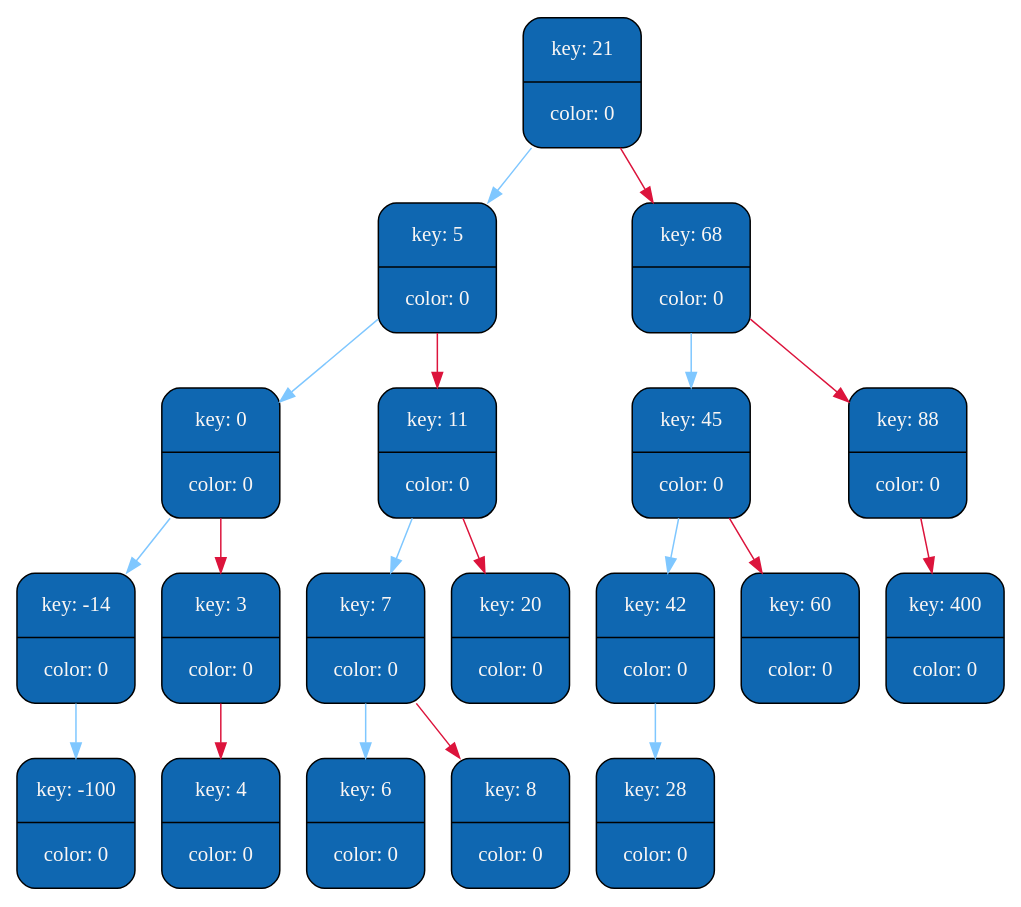
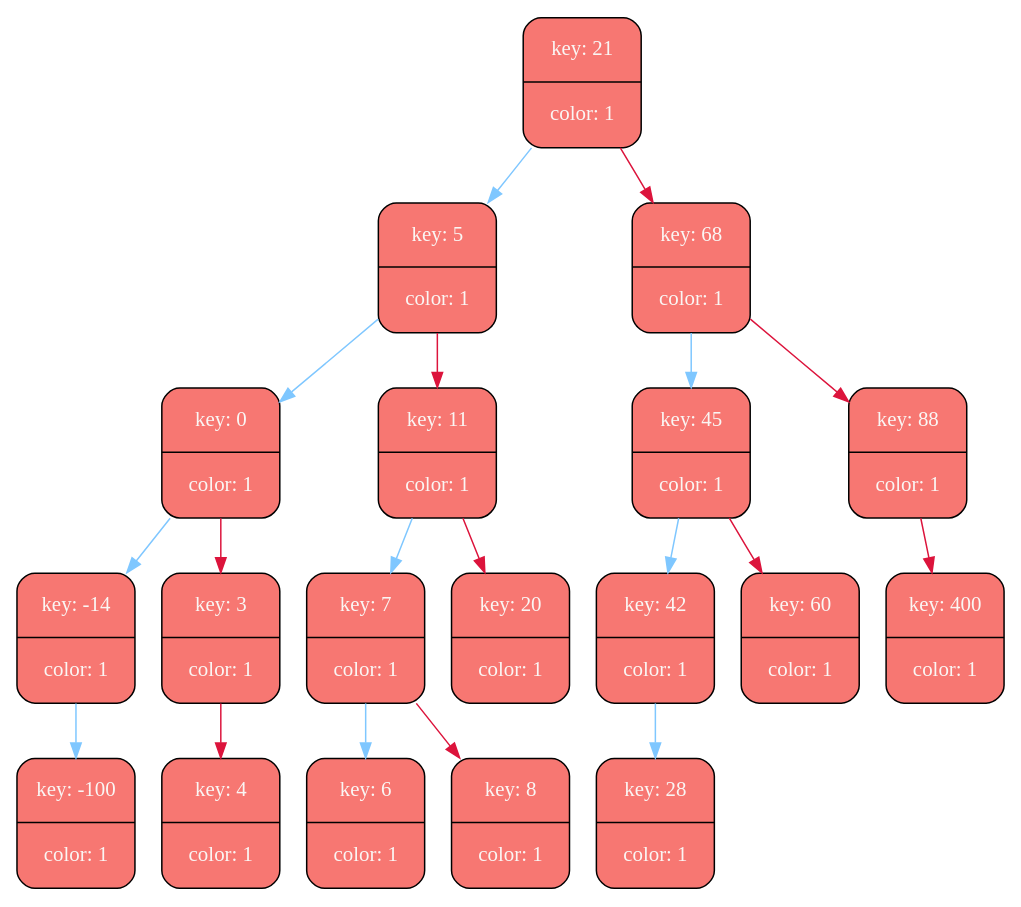
One commit to MaxGroshev/graph_algorithm changed the diagram in rb_tree/graph_lib/tree_dump.dot. Above: the diagram before and after it, drawn with Graphviz. The commit also changed 4 other files, not shown here.

```diff
--- a/rb_tree/graph_lib/tree_dump.dot
+++ b/rb_tree/graph_lib/tree_dump.dot
@@ -1,43 +1,43 @@
 digraph   
 {
 rankdir = ""
 splines = "true"
 
-node0x136605be0 [shape      = "Mrecord", width = 1.1, height = 1.21,  fillcolor   = "#0F67B1", style = "filled", fontcolor= " #FAF6F4", fontname = "Calibri", color = "0", label = "{key: 21| color: 0}"]
-node0x136605be0 -> node0x136605f00 [color = "#7FC7FF", style = "", constraint = true, fillcolor = "#7FC7FF",   fontcolor = "", fontname = "Calibri", label = ""];
-node0x136605f00 [shape      = "Mrecord", width = 1.1, height = 1.21,  fillcolor   = "#0F67B1", style = "filled", fontcolor= " #FAF6F4", fontname = "Calibri", color = "0", label = "{key: 5| color: 0}"]
-node0x136605f00 -> node0x136605c40 [color = "#7FC7FF", style = "", constraint = true, fillcolor = "#7FC7FF",   fontcolor = "", fontname = "Calibri", label = ""];
-node0x136605c40 [shape      = "Mrecord", width = 1.1, height = 1.21,  fillcolor   = "#0F67B1", style = "filled", fontcolor= " #FAF6F4", fontname = "Calibri", color = "0", label = "{key: 0| color: 0}"]
-node0x136605c40 -> node0x136605c10 [color = "#7FC7FF", style = "", constraint = true, fillcolor = "#7FC7FF",   fontcolor = "", fontname = "Calibri", label = ""];
-node0x136605c10 [shape      = "Mrecord", width = 1.1, height = 1.21,  fillcolor   = "#0F67B1", style = "filled", fontcolor= " #FAF6F4", fontname = "Calibri", color = "0", label = "{key: -14| color: 0}"]
-node0x136605c10 -> node0x136605fc0 [color = "#7FC7FF", style = "", constraint = true, fillcolor = "#7FC7FF",   fontcolor = "", fontname = "Calibri", label = ""];
-node0x136605fc0 [shape      = "Mrecord", width = 1.1, height = 1.21,  fillcolor   = "#0F67B1", style = "filled", fontcolor= " #FAF6F4", fontname = "Calibri", color = "0", label = "{key: -100| color: 0}"]
-node0x136605c40 -> node0x136605c70 [color = "#DC143C", style = "", constraint = true, fillcolor = "#DC143C",   fontcolor = "", fontname = "Calibri", label = ""];
-node0x136605c70 [shape      = "Mrecord", width = 1.1, height = 1.21,  fillcolor   = "#0F67B1", style = "filled", fontcolor= " #FAF6F4", fontname = "Calibri", color = "0", label = "{key: 3| color: 0}"]
-node0x136605c70 -> node0x1366060b0 [color = "#DC143C", style = "", constraint = true, fillcolor = "#DC143C",   fontcolor = "", fontname = "Calibri", label = ""];
-node0x1366060b0 [shape      = "Mrecord", width = 1.1, height = 1.21,  fillcolor   = "#0F67B1", style = "filled", fontcolor= " #FAF6F4", fontname = "Calibri", color = "0", label = "{key: 4| color: 0}"]
-node0x136605f00 -> node0x136605cd0 [color = "#DC143C", style = "", constraint = true, fillcolor = "#DC143C",   fontcolor = "", fontname = "Calibri", label = ""];
-node0x136605cd0 [shape      = "Mrecord", width = 1.1, height = 1.21,  fillcolor   = "#0F67B1", style = "filled", fontcolor= " #FAF6F4", fontname = "Calibri", color = "0", label = "{key: 11| color: 0}"]
-node0x136605cd0 -> node0x136606110 [color = "#7FC7FF", style = "", constraint = true, fillcolor = "#7FC7FF",   fontcolor = "", fontname = "Calibri", label = ""];
-node0x136606110 [shape      = "Mrecord", width = 1.1, height = 1.21,  fillcolor   = "#0F67B1", style = "filled", fontcolor= " #FAF6F4", fontname = "Calibri", color = "0", label = "{key: 7| color: 0}"]
-node0x136606110 -> node0x1366060e0 [color = "#7FC7FF", style = "", constraint = true, fillcolor = "#7FC7FF",   fontcolor = "", fontname = "Calibri", label = ""];
-node0x1366060e0 [shape      = "Mrecord", width = 1.1, height = 1.21,  fillcolor   = "#0F67B1", style = "filled", fontcolor= " #FAF6F4", fontname = "Calibri", color = "0", label = "{key: 6| color: 0}"]
-node0x136606110 -> node0x136606140 [color = "#DC143C", style = "", constraint = true, fillcolor = "#DC143C",   fontcolor = "", fontname = "Calibri", label = ""];
-node0x136606140 [shape      = "Mrecord", width = 1.1, height = 1.21,  fillcolor   = "#0F67B1", style = "filled", fontcolor= " #FAF6F4", fontname = "Calibri", color = "0", label = "{key: 8| color: 0}"]
-node0x136605cd0 -> node0x136605e80 [color = "#DC143C", style = "", constraint = true, fillcolor = "#DC143C",   fontcolor = "", fontname = "Calibri", label = ""];
-node0x136605e80 [shape      = "Mrecord", width = 1.1, height = 1.21,  fillcolor   = "#0F67B1", style = "filled", fontcolor= " #FAF6F4", fontname = "Calibri", color = "0", label = "{key: 20| color: 0}"]
-node0x136605be0 -> node0x136606020 [color = "#DC143C", style = "", constraint = true, fillcolor = "#DC143C",   fontcolor = "", fontname = "Calibri", label = ""];
-node0x136606020 [shape      = "Mrecord", width = 1.1, height = 1.21,  fillcolor   = "#0F67B1", style = "filled", fontcolor= " #FAF6F4", fontname = "Calibri", color = "0", label = "{key: 68| color: 0}"]
-node0x136606020 -> node0x136605d00 [color = "#7FC7FF", style = "", constraint = true, fillcolor = "#7FC7FF",   fontcolor = "", fontname = "Calibri", label = ""];
-node0x136605d00 [shape      = "Mrecord", width = 1.1, height = 1.21,  fillcolor   = "#0F67B1", style = "filled", fontcolor= " #FAF6F4", fontname = "Calibri", color = "0", label = "{key: 45| color: 0}"]
-node0x136605d00 -> node0x136605ca0 [color = "#7FC7FF", style = "", constraint = true, fillcolor = "#7FC7FF",   fontcolor = "", fontname = "Calibri", label = ""];
-node0x136605ca0 [shape      = "Mrecord", width = 1.1, height = 1.21,  fillcolor   = "#0F67B1", style = "filled", fontcolor= " #FAF6F4", fontname = "Calibri", color = "0", label = "{key: 42| color: 0}"]
-node0x136605ca0 -> node0x136606170 [color = "#7FC7FF", style = "", constraint = true, fillcolor = "#7FC7FF",   fontcolor = "", fontname = "Calibri", label = ""];
-node0x136606170 [shape      = "Mrecord", width = 1.1, height = 1.21,  fillcolor   = "#0F67B1", style = "filled", fontcolor= " #FAF6F4", fontname = "Calibri", color = "0", label = "{key: 28| color: 0}"]
-node0x136605d00 -> node0x136606080 [color = "#DC143C", style = "", constraint = true, fillcolor = "#DC143C",   fontcolor = "", fontname = "Calibri", label = ""];
-node0x136606080 [shape      = "Mrecord", width = 1.1, height = 1.21,  fillcolor   = "#0F67B1", style = "filled", fontcolor= " #FAF6F4", fontname = "Calibri", color = "0", label = "{key: 60| color: 0}"]
-node0x136606020 -> node0x136606050 [color = "#DC143C", style = "", constraint = true, fillcolor = "#DC143C",   fontcolor = "", fontname = "Calibri", label = ""];
-node0x136606050 [shape      = "Mrecord", width = 1.1, height = 1.21,  fillcolor   = "#0F67B1", style = "filled", fontcolor= " #FAF6F4", fontname = "Calibri", color = "0", label = "{key: 88| color: 0}"]
-node0x136606050 -> node0x136605ff0 [color = "#DC143C", style = "", constraint = true, fillcolor = "#DC143C",   fontcolor = "", fontname = "Calibri", label = ""];
-node0x136605ff0 [shape      = "Mrecord", width = 1.1, height = 1.21,  fillcolor   = "#0F67B1", style = "filled", fontcolor= " #FAF6F4", fontname = "Calibri", color = "0", label = "{key: 400| color: 0}"]
+node0x142705e30 [shape      = "Mrecord", width = 1.1, height = 1.21,  fillcolor   = "#F77772", style = "filled", fontcolor= " #FAF6F4", fontname = "Calibri", color = "1", label = "{key: 21| color: 1}"]
+node0x142705e30 -> node0x142705d00 [color = "#7FC7FF", style = "", constraint = true, fillcolor = "#7FC7FF",   fontcolor = "", fontname = "Calibri", label = ""];
+node0x142705d00 [shape      = "Mrecord", width = 1.1, height = 1.21,  fillcolor   = "#F77772", style = "filled", fontcolor= " #FAF6F4", fontname = "Calibri", color = "1", label = "{key: 5| color: 1}"]
+node0x142705d00 -> node0x142705e90 [color = "#7FC7FF", style = "", constraint = true, fillcolor = "#7FC7FF",   fontcolor = "", fontname = "Calibri", label = ""];
+node0x142705e90 [shape      = "Mrecord", width = 1.1, height = 1.21,  fillcolor   = "#F77772", style = "filled", fontcolor= " #FAF6F4", fontname = "Calibri", color = "1", label = "{key: 0| color: 1}"]
+node0x142705e90 -> node0x142705e60 [color = "#7FC7FF", style = "", constraint = true, fillcolor = "#7FC7FF",   fontcolor = "", fontname = "Calibri", label = ""];
+node0x142705e60 [shape      = "Mrecord", width = 1.1, height = 1.21,  fillcolor   = "#F77772", style = "filled", fontcolor= " #FAF6F4", fontname = "Calibri", color = "1", label = "{key: -14| color: 1}"]
+node0x142705e60 -> node0x142705f80 [color = "#7FC7FF", style = "", constraint = true, fillcolor = "#7FC7FF",   fontcolor = "", fontname = "Calibri", label = ""];
+node0x142705f80 [shape      = "Mrecord", width = 1.1, height = 1.21,  fillcolor   = "#F77772", style = "filled", fontcolor= " #FAF6F4", fontname = "Calibri", color = "1", label = "{key: -100| color: 1}"]
+node0x142705e90 -> node0x142705ec0 [color = "#DC143C", style = "", constraint = true, fillcolor = "#DC143C",   fontcolor = "", fontname = "Calibri", label = ""];
+node0x142705ec0 [shape      = "Mrecord", width = 1.1, height = 1.21,  fillcolor   = "#F77772", style = "filled", fontcolor= " #FAF6F4", fontname = "Calibri", color = "1", label = "{key: 3| color: 1}"]
+node0x142705ec0 -> node0x142706070 [color = "#DC143C", style = "", constraint = true, fillcolor = "#DC143C",   fontcolor = "", fontname = "Calibri", label = ""];
+node0x142706070 [shape      = "Mrecord", width = 1.1, height = 1.21,  fillcolor   = "#F77772", style = "filled", fontcolor= " #FAF6F4", fontname = "Calibri", color = "1", label = "{key: 4| color: 1}"]
+node0x142705d00 -> node0x142705f20 [color = "#DC143C", style = "", constraint = true, fillcolor = "#DC143C",   fontcolor = "", fontname = "Calibri", label = ""];
+node0x142705f20 [shape      = "Mrecord", width = 1.1, height = 1.21,  fillcolor   = "#F77772", style = "filled", fontcolor= " #FAF6F4", fontname = "Calibri", color = "1", label = "{key: 11| color: 1}"]
+node0x142705f20 -> node0x1427060d0 [color = "#7FC7FF", style = "", constraint = true, fillcolor = "#7FC7FF",   fontcolor = "", fontname = "Calibri", label = ""];
+node0x1427060d0 [shape      = "Mrecord", width = 1.1, height = 1.21,  fillcolor   = "#F77772", style = "filled", fontcolor= " #FAF6F4", fontname = "Calibri", color = "1", label = "{key: 7| color: 1}"]
+node0x1427060d0 -> node0x1427060a0 [color = "#7FC7FF", style = "", constraint = true, fillcolor = "#7FC7FF",   fontcolor = "", fontname = "Calibri", label = ""];
+node0x1427060a0 [shape      = "Mrecord", width = 1.1, height = 1.21,  fillcolor   = "#F77772", style = "filled", fontcolor= " #FAF6F4", fontname = "Calibri", color = "1", label = "{key: 6| color: 1}"]
+node0x1427060d0 -> node0x142706100 [color = "#DC143C", style = "", constraint = true, fillcolor = "#DC143C",   fontcolor = "", fontname = "Calibri", label = ""];
+node0x142706100 [shape      = "Mrecord", width = 1.1, height = 1.21,  fillcolor   = "#F77772", style = "filled", fontcolor= " #FAF6F4", fontname = "Calibri", color = "1", label = "{key: 8| color: 1}"]
+node0x142705f20 -> node0x142705c80 [color = "#DC143C", style = "", constraint = true, fillcolor = "#DC143C",   fontcolor = "", fontname = "Calibri", label = ""];
+node0x142705c80 [shape      = "Mrecord", width = 1.1, height = 1.21,  fillcolor   = "#F77772", style = "filled", fontcolor= " #FAF6F4", fontname = "Calibri", color = "1", label = "{key: 20| color: 1}"]
+node0x142705e30 -> node0x142705fe0 [color = "#DC143C", style = "", constraint = true, fillcolor = "#DC143C",   fontcolor = "", fontname = "Calibri", label = ""];
+node0x142705fe0 [shape      = "Mrecord", width = 1.1, height = 1.21,  fillcolor   = "#F77772", style = "filled", fontcolor= " #FAF6F4", fontname = "Calibri", color = "1", label = "{key: 68| color: 1}"]
+node0x142705fe0 -> node0x142705f50 [color = "#7FC7FF", style = "", constraint = true, fillcolor = "#7FC7FF",   fontcolor = "", fontname = "Calibri", label = ""];
+node0x142705f50 [shape      = "Mrecord", width = 1.1, height = 1.21,  fillcolor   = "#F77772", style = "filled", fontcolor= " #FAF6F4", fontname = "Calibri", color = "1", label = "{key: 45| color: 1}"]
+node0x142705f50 -> node0x142705ef0 [color = "#7FC7FF", style = "", constraint = true, fillcolor = "#7FC7FF",   fontcolor = "", fontname = "Calibri", label = ""];
+node0x142705ef0 [shape      = "Mrecord", width = 1.1, height = 1.21,  fillcolor   = "#F77772", style = "filled", fontcolor= " #FAF6F4", fontname = "Calibri", color = "1", label = "{key: 42| color: 1}"]
+node0x142705ef0 -> node0x142706130 [color = "#7FC7FF", style = "", constraint = true, fillcolor = "#7FC7FF",   fontcolor = "", fontname = "Calibri", label = ""];
+node0x142706130 [shape      = "Mrecord", width = 1.1, height = 1.21,  fillcolor   = "#F77772", style = "filled", fontcolor= " #FAF6F4", fontname = "Calibri", color = "1", label = "{key: 28| color: 1}"]
+node0x142705f50 -> node0x142706040 [color = "#DC143C", style = "", constraint = true, fillcolor = "#DC143C",   fontcolor = "", fontname = "Calibri", label = ""];
+node0x142706040 [shape      = "Mrecord", width = 1.1, height = 1.21,  fillcolor   = "#F77772", style = "filled", fontcolor= " #FAF6F4", fontname = "Calibri", color = "1", label = "{key: 60| color: 1}"]
+node0x142705fe0 -> node0x142706010 [color = "#DC143C", style = "", constraint = true, fillcolor = "#DC143C",   fontcolor = "", fontname = "Calibri", label = ""];
+node0x142706010 [shape      = "Mrecord", width = 1.1, height = 1.21,  fillcolor   = "#F77772", style = "filled", fontcolor= " #FAF6F4", fontname = "Calibri", color = "1", label = "{key: 88| color: 1}"]
+node0x142706010 -> node0x142705fb0 [color = "#DC143C", style = "", constraint = true, fillcolor = "#DC143C",   fontcolor = "", fontname = "Calibri", label = ""];
+node0x142705fb0 [shape      = "Mrecord", width = 1.1, height = 1.21,  fillcolor   = "#F77772", style = "filled", fontcolor= " #FAF6F4", fontname = "Calibri", color = "1", label = "{key: 400| color: 1}"]
 }
```
